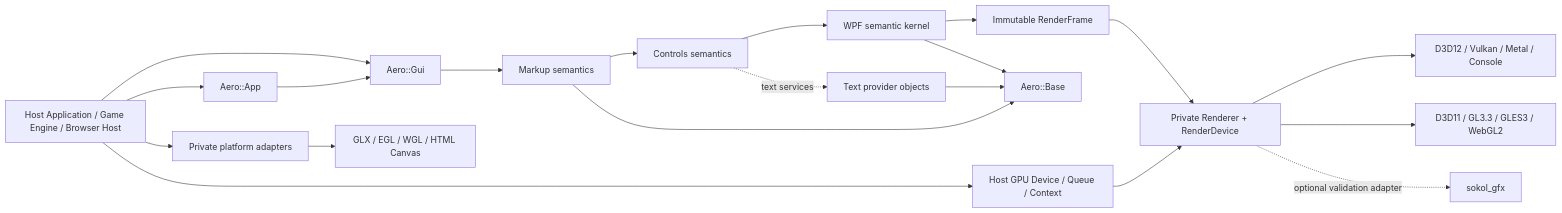
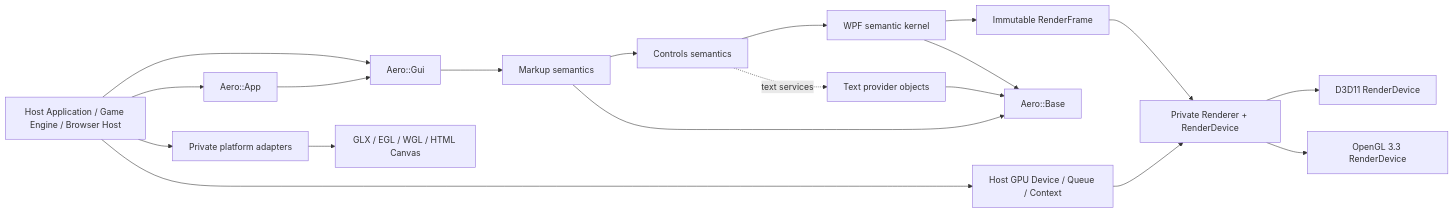
Before and after one commit to smithw2055-rgb/AeroGUI: the diagram in README.md, drawn with Mermaid. The commit also changed other lines of this file and 207 other files, not shown here.

````diff
--- a/README.md
+++ b/README.md
@@ -121,27 +121,26 @@
 ```mermaid
 flowchart LR
     Host[Host Application / Game Engine / Browser Host] --> Platform[Private platform adapters]
     Host --> App[Aero::App]
     Host --> Gui[Aero::Gui]
     Host --> Device[Host GPU Device / Queue / Context]
 
     App --> Gui
     Gui --> Markup[Markup semantics]
     Markup --> Controls[Controls semantics]
     Controls --> Kernel[WPF semantic kernel]
     Controls -. text services .-> Text[Text provider objects]
 
     Kernel --> Base[Aero::Base]
     Text --> Base
     Markup --> Base
 
     Kernel --> Frame[Immutable RenderFrame]
     Frame --> Renderer[Private Renderer + RenderDevice]
     Device --> Renderer
 
-    Renderer --> Modern[D3D12 / Vulkan / Metal / Console]
-    Renderer --> Compat[D3D11 / GL3.3 / GLES3 / WebGL2]
-    Renderer -. optional validation adapter .-> Sokol[sokol_gfx]
+    Renderer --> D3D11[D3D11 RenderDevice]
+    Renderer --> OpenGL[OpenGL 3.3 RenderDevice]
 
     Platform --> Surface[GLX / EGL / WGL / HTML Canvas]
 ```
````
